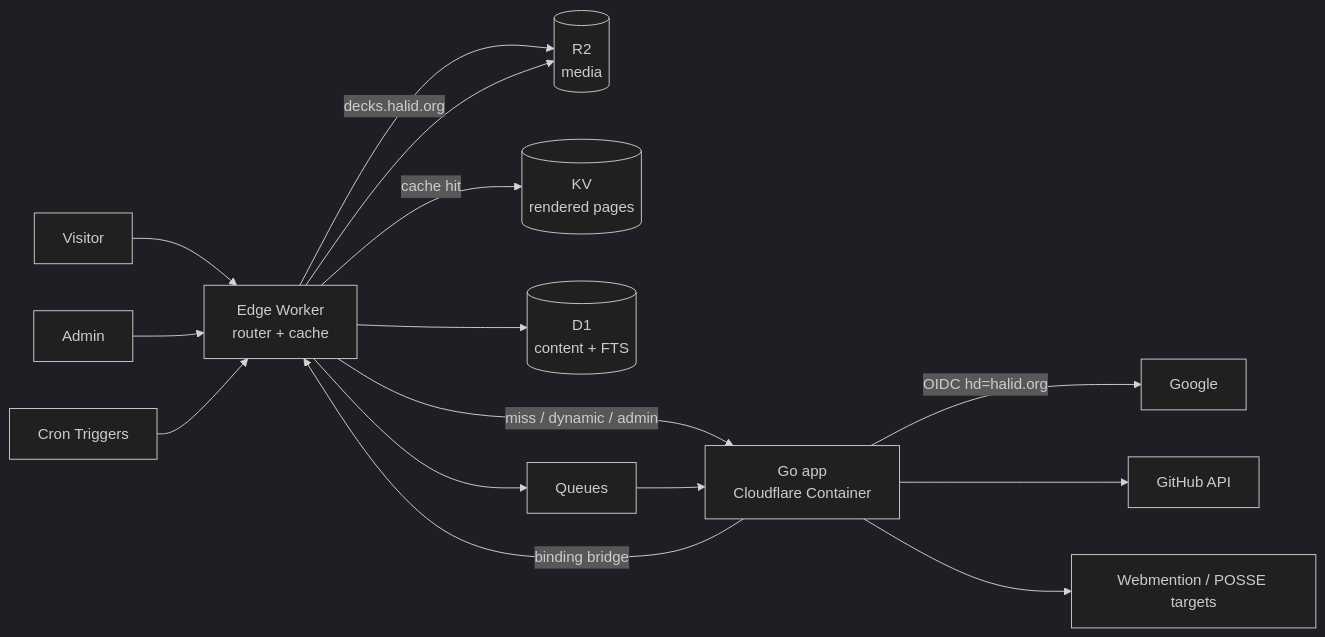
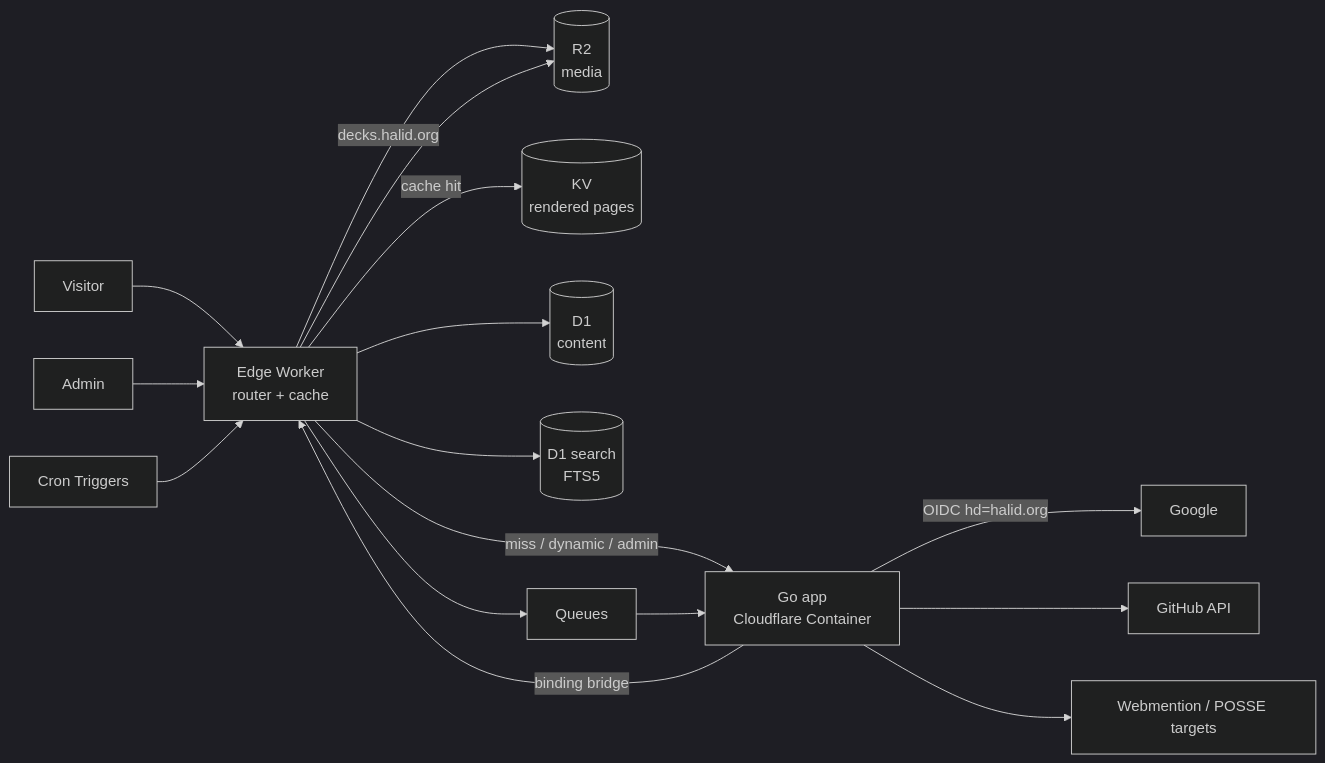
One commit to halidaltuner/halidorg changed the diagram in ARCHITECTURE.md. Above: the diagram before and after it, drawn with Mermaid (dark theme). The commit also changed other lines of this file and 2 other files, not shown here.

Commit message:
docs: ADR-010, search is D1 FTS5 in a separate database

````diff
--- a/ARCHITECTURE.md
+++ b/ARCHITECTURE.md
@@ -5,15 +5,16 @@
 ```mermaid
 flowchart LR
     U[Visitor] --> EW[Edge Worker<br/>router + cache]
     A[Admin] --> EW
     GO -->|OIDC hd=halid.org| G[Google]
     EW -->|decks.halid.org| R2
     EW -->|cache hit| KV[(KV<br/>rendered pages)]
     EW -->|miss / dynamic / admin| GO[Go app<br/>Cloudflare Container]
     EW --> R2[(R2<br/>media)]
     GO -->|binding bridge| EW
-    EW --> D1[(D1<br/>content + FTS)]
+    EW --> D1[(D1<br/>content)]
+    EW --> DS[(D1 search<br/>FTS5)]
     CRON[Cron Triggers] --> EW --> Q[Queues] --> GO
     GO --> GH[GitHub API]
     GO --> WM[Webmention / POSSE targets]
 ```
````
